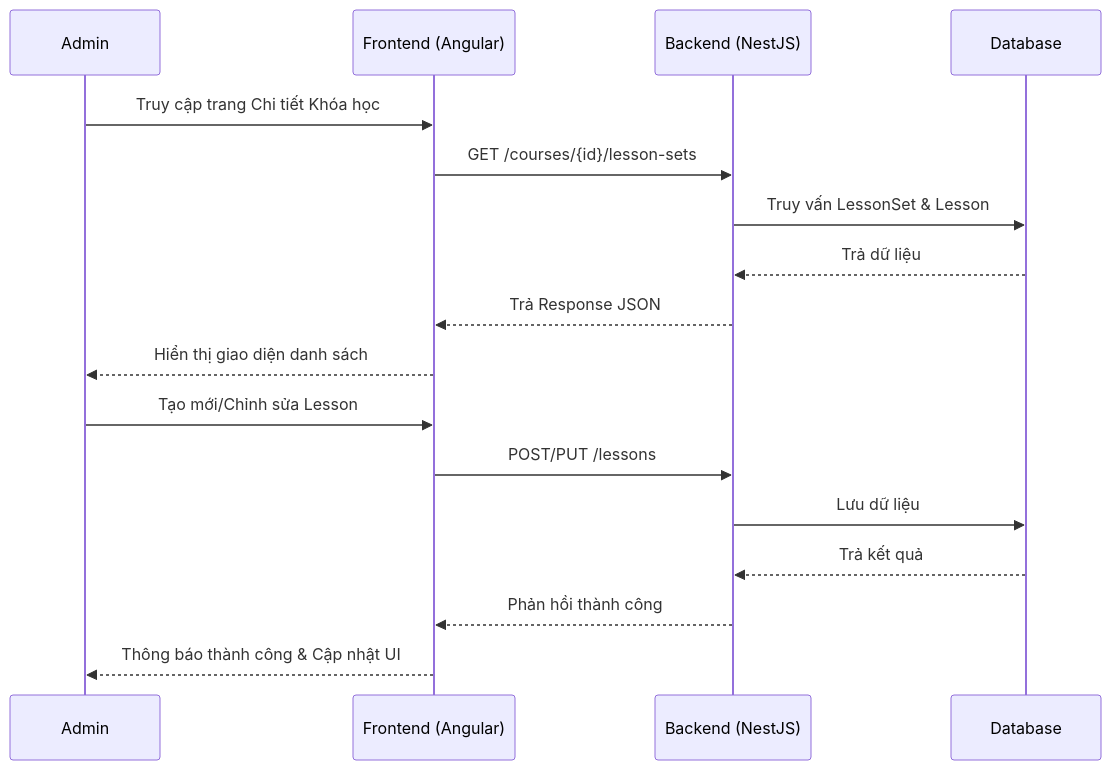
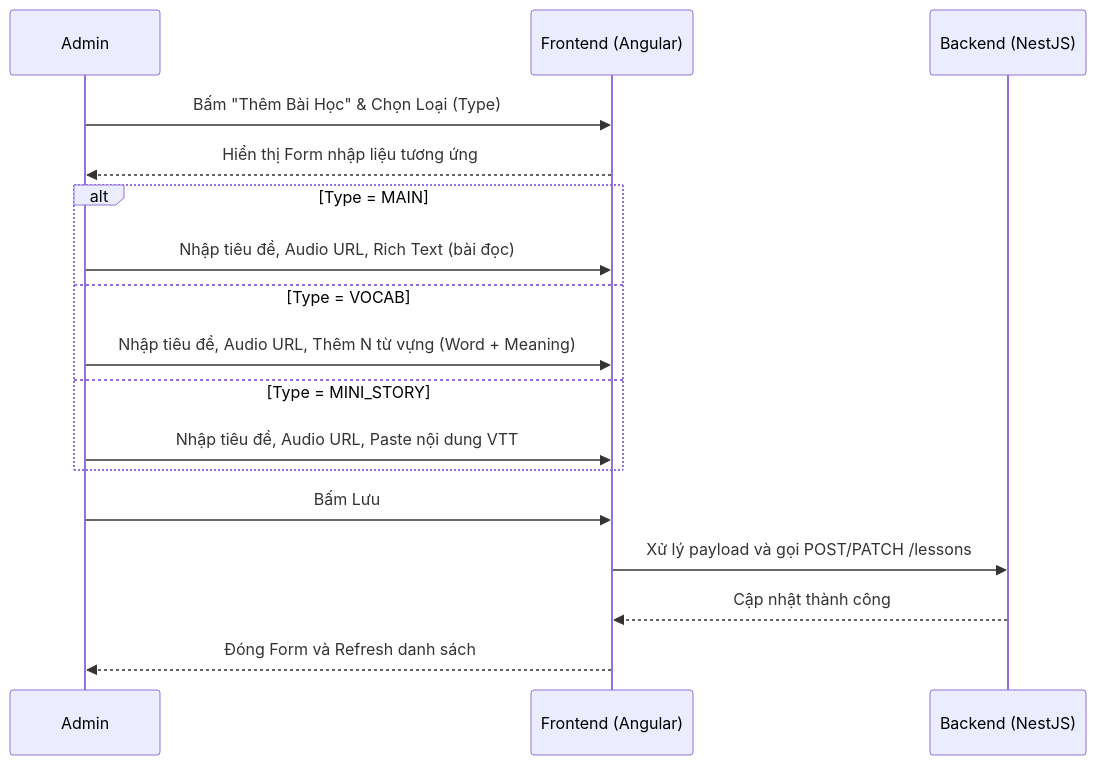
Before and after one commit to canhhungdev1/speak-up: the first of 2 diagrams in docs/03-features/admin-lesson-management.md, drawn with Mermaid. The commit also changed other lines of this file and 16 other files, not shown here.

````diff
--- a/docs/03-features/admin-lesson-management.md
+++ b/docs/03-features/admin-lesson-management.md
@@ -14,20 +14,22 @@
 ```mermaid
 sequenceDiagram
     participant Admin
     participant Frontend (Angular)
     participant Backend (NestJS)
-    participant Database
-
-    Admin->>Frontend (Angular): Truy cập trang Chi tiết Khóa học
-    Frontend (Angular)->>Backend (NestJS): GET /courses/{id}/lesson-sets
-    Backend (NestJS)->>Database: Truy vấn LessonSet & Lesson
-    Database-->>Backend (NestJS): Trả dữ liệu
-    Backend (NestJS)-->>Frontend (Angular): Trả Response JSON
-    Frontend (Angular)-->>Admin: Hiển thị giao diện danh sách
-    Admin->>Frontend (Angular): Tạo mới/Chỉnh sửa Lesson
-    Frontend (Angular)->>Backend (NestJS): POST/PUT /lessons
-    Backend (NestJS)->>Database: Lưu dữ liệu
-    Database-->>Backend (NestJS): Trả kết quả
-    Backend (NestJS)-->>Frontend (Angular): Phản hồi thành công
-    Frontend (Angular)-->>Admin: Thông báo thành công & Cập nhật UI
+    
+    Admin->>Frontend (Angular): Bấm "Thêm Bài Học" & Chọn Loại (Type)
+    Frontend (Angular)-->>Admin: Hiển thị Form nhập liệu tương ứng
+    
+    alt Type = MAIN
+        Admin->>Frontend (Angular): Nhập tiêu đề, Audio URL, Rich Text (bài đọc)
+    else Type = VOCAB
+        Admin->>Frontend (Angular): Nhập tiêu đề, Audio URL, Thêm N từ vựng (Word + Meaning)
+    else Type = MINI_STORY
+        Admin->>Frontend (Angular): Nhập tiêu đề, Audio URL, Paste nội dung VTT
+    end
+    
+    Admin->>Frontend (Angular): Bấm Lưu
+    Frontend (Angular)->>Backend (NestJS): Xử lý payload và gọi POST/PATCH /lessons
+    Backend (NestJS)-->>Frontend (Angular): Cập nhật thành công
+    Frontend (Angular)-->>Admin: Đóng Form và Refresh danh sách
 ```
````
